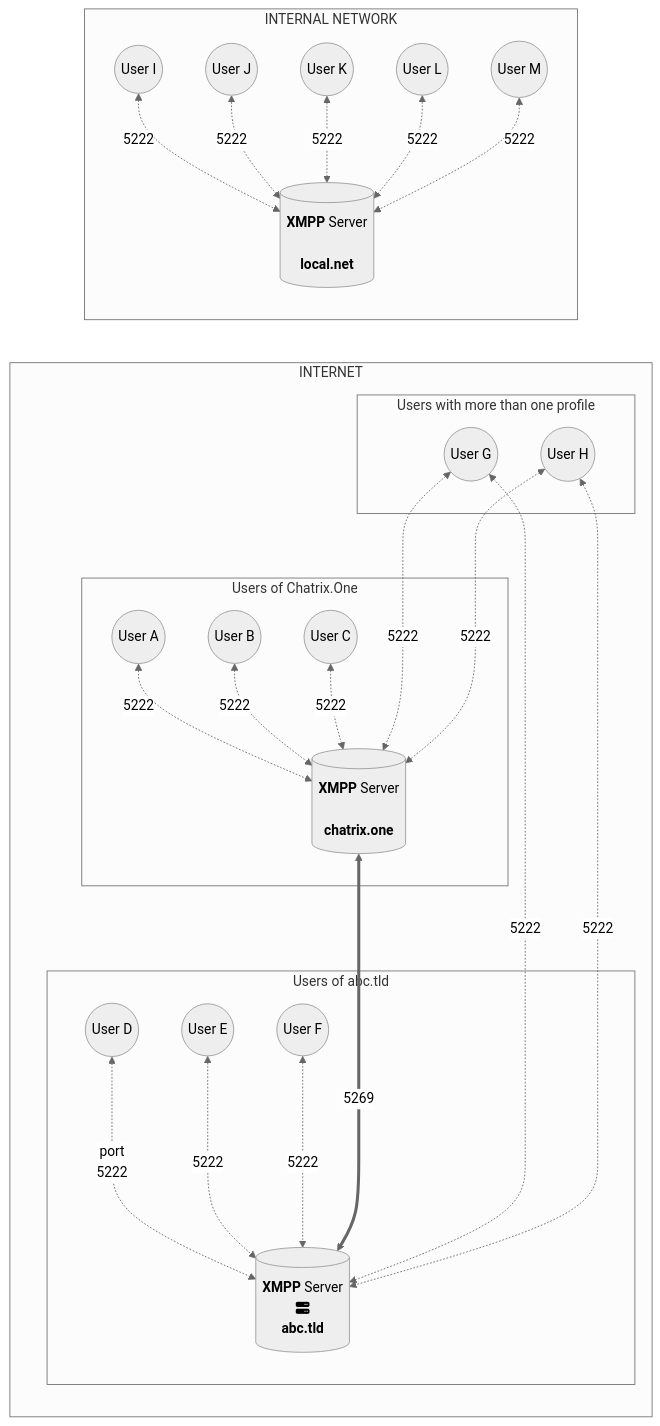
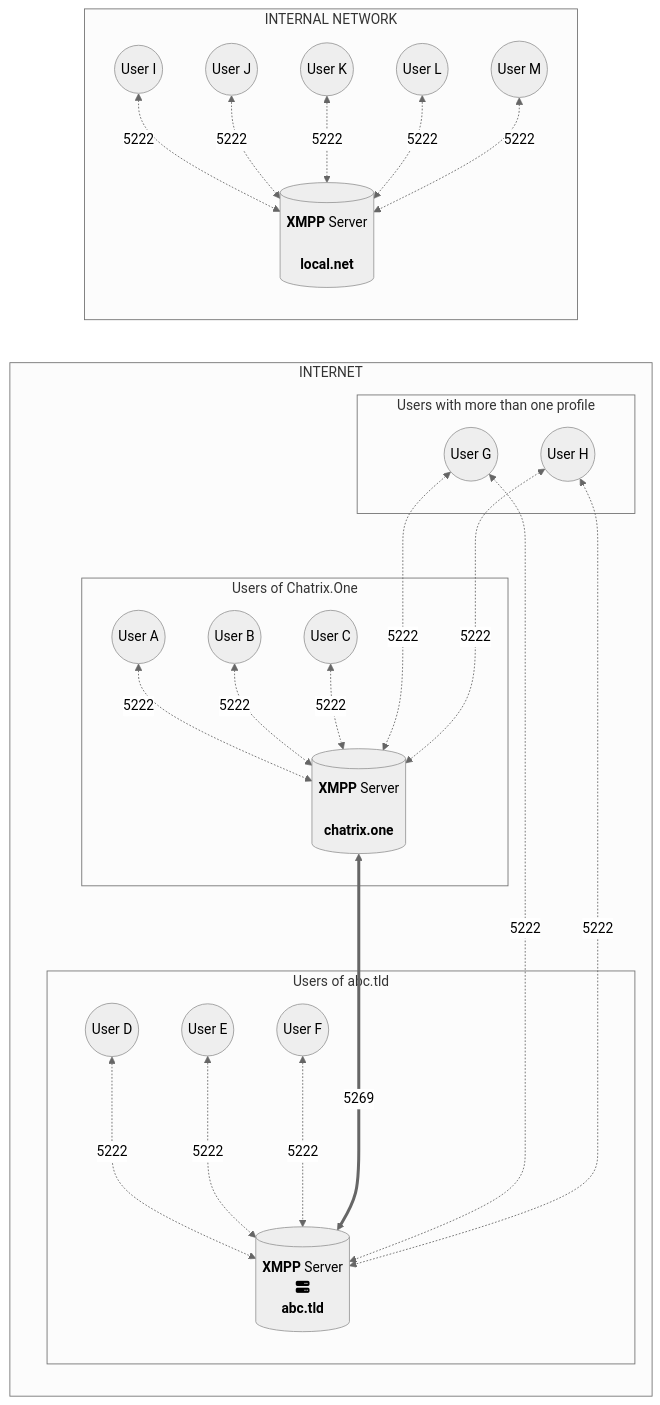
Before and after one commit to ChatrixOne/docs.chatrix.one: the first of 2 diagrams in docs/faq.en.md, drawn with Mermaid (neutral theme). The commit also changed 1 other file, not shown here.

Commit message:
Fix FAQ Diagram

````diff
--- a/docs/faq.en.md
+++ b/docs/faq.en.md
@@ -35,34 +35,34 @@
 ```mermaid
 flowchart RL
      subgraph INTERNET
          subgraph Users of Chatrix.One
          CHATRIX[(<b>XMPP</b> Server <br><br> <b>chatrix.one</b>)]
          a((User A)) <-.-> |5222| CHATRIX
          b((User B)) <-.-> |5222| CHATRIX
          c((User C)) <-.-> |5222| CHATRIX
          end
 
          subgraph Users of abc.tld
          ABC[(<b>XMPP</b> Server <br>fa:fa-server<br> <b>abc.tld</b>)]
-         d((User D)) <-..-> |port<br>5222| ABC
+         d((User D)) <-..-> |5222| ABC
          e((User E)) <-..-> |5222| ABC
          f((User F)) <-..-> |5222| ABC
          end
 
          CHATRIX <====> |5269| ABC
 
          subgraph Users with more than one profile
          g((User G)) <-..-> |5222| CHATRIX & ABC
          h((User H)) <-..-> |5222| CHATRIX & ABC
          end
      end
 
      subgraph INTERNAL NETWORK
      LOCAL[(<b>XMPP</b> Server <br><br> <b>local.net</b>)]
      i((User I)) <-.-> |5222| LOCAL
      j((User J)) <-.-> |5222| LOCAL
      k((User K)) <-.-> |5222| LOCAL
      l((User L)) <-.-> |5222| LOCAL
      m((User M)) <-.-> |5222| LOCAL
      end
 ```
````
